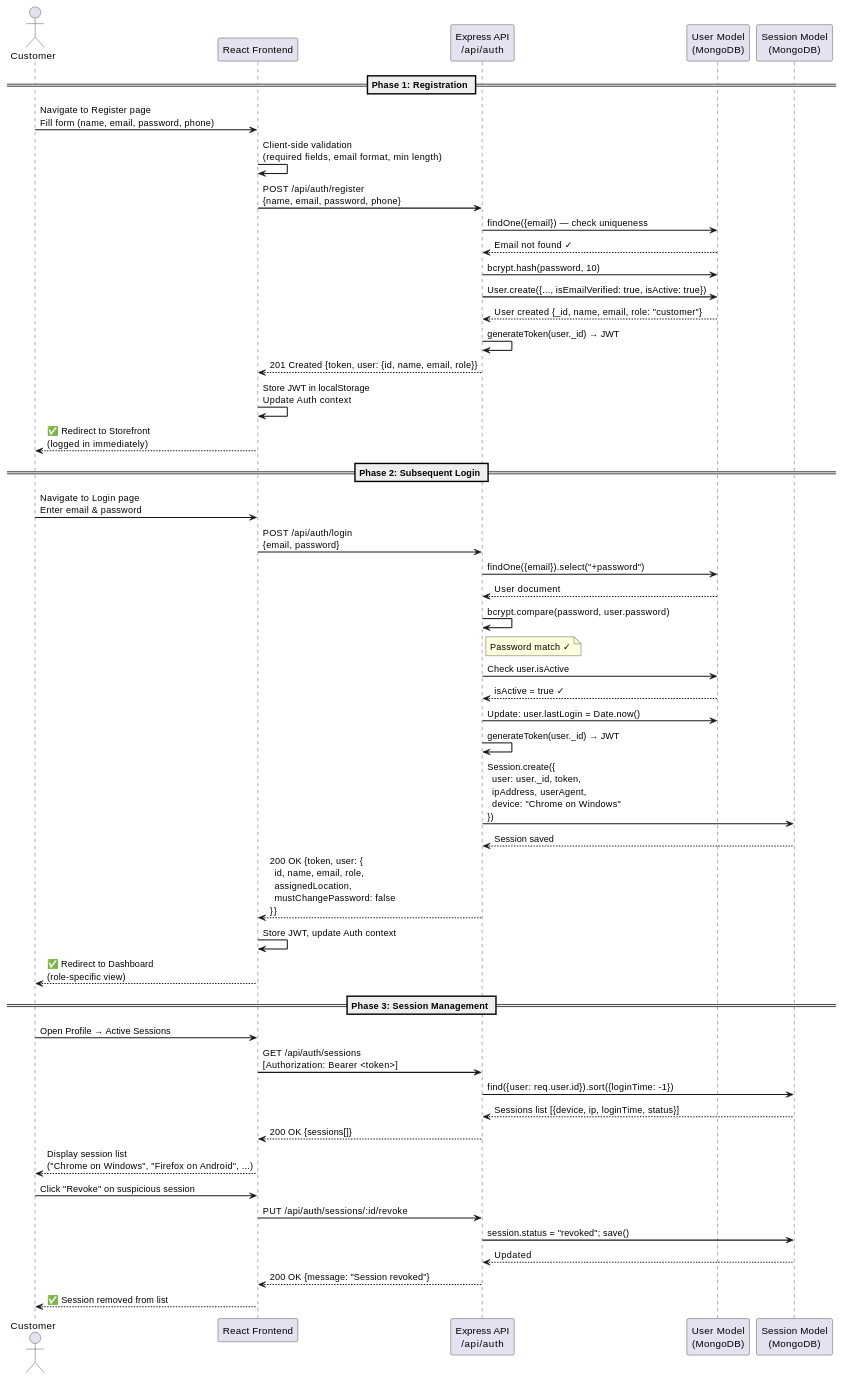
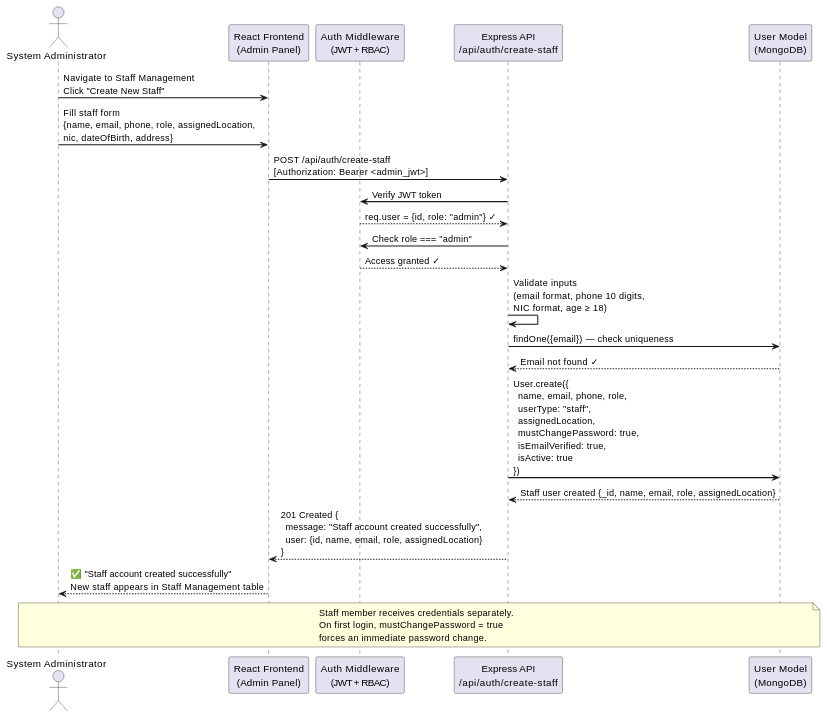
One commit to sarasithagalagama/methsara-publications-webstore changed the third of 15 diagrams in docs/re-assignment/RE_Assignment_2_Report.md. Above: the diagram before and after it, drawn with PlantUML. The commit also changed other lines of this file, not shown here.

Commit message:
feat: add Software Requirements Specification (SRS) document for Methsara Publications Webstore.

````diff
--- a/docs/re-assignment/RE_Assignment_2_Report.md
+++ b/docs/re-assignment/RE_Assignment_2_Report.md
@@ -579,56 +579,32 @@
 ```plantuml
 @startuml
 skinparam sequenceArrowThickness 1.5
-actor Customer
-participant "React Frontend" as FE
-participant "Express API\n/api/auth" as API
+actor "System Administrator" as Admin
+participant "React Frontend\n(Admin Panel)" as FE
+participant "Auth Middleware\n(JWT + RBAC)" as MW
+participant "Express API\n/api/auth/create-staff" as API
 participant "User Model\n(MongoDB)" as DB
-participant "Session Model\n(MongoDB)" as Session
 
-== Phase 1: Registration ==
-Customer -> FE: Navigate to Register page\nFill form (name, email, password, phone)
-FE -> FE: Client-side validation\n(required fields, email format, min length)
-FE -> API: POST /api/auth/register\n{name, email, password, phone}
+Admin -> FE: Navigate to Staff Management\nClick "Create New Staff"
+Admin -> FE: Fill staff form\n{name, email, phone, role, assignedLocation,\nnic, dateOfBirth, address}
+FE -> API: POST /api/auth/create-staff\n[Authorization: Bearer <admin_jwt>]
+API -> MW: Verify JWT token
+MW --> API: req.user = {id, role: "admin"} ✓
+API -> MW: Check role === "admin"
+MW --> API: Access granted ✓
+API -> API: Validate inputs\n(email format, phone 10 digits,\nNIC format, age ≥ 18)
 API -> DB: findOne({email}) — check uniqueness
 DB --> API: Email not found ✓
-API -> DB: bcrypt.hash(password, 10)
-API -> DB: User.create({..., isEmailVerified: true, isActive: true})
-DB --> API: User created {_id, name, email, role: "customer"}
-API -> API: generateToken(user._id) → JWT
-API --> FE: 201 Created {token, user: {id, name, email, role}}
-FE -> FE: Store JWT in localStorage\nUpdate Auth context
-FE --> Customer: ✅ Redirect to Storefront\n(logged in immediately)
+API -> DB: User.create({\n  name, email, phone, role,\n  userType: "staff",\n  assignedLocation,\n  mustChangePassword: true,\n  isEmailVerified: true,\n  isActive: true\n})
+DB --> API: Staff user created {_id, name, email, role, assignedLocation}
+API --> FE: 201 Created {\n  message: "Staff account created successfully",\n  user: {id, name, email, role, assignedLocation}\n}
+FE --> Admin: ✅ "Staff account created successfully"\nNew staff appears in Staff Management table
 
-== Phase 2: Subsequent Login ==
-Customer -> FE: Navigate to Login page\nEnter email & password
-FE -> API: POST /api/auth/login\n{email, password}
-API -> DB: findOne({email}).select("+password")
-DB --> API: User document
-API -> API: bcrypt.compare(password, user.password)
-note right of API: Password match ✓
-API -> DB: Check user.isActive
-DB --> API: isActive = true ✓
-API -> DB: Update: user.lastLogin = Date.now()
-API -> API: generateToken(user._id) → JWT
-API -> Session: Session.create({\n  user: user._id, token,\n  ipAddress, userAgent,\n  device: "Chrome on Windows"\n})
-Session --> API: Session saved
-API --> FE: 200 OK {token, user: {\n  id, name, email, role,\n  assignedLocation,\n  mustChangePassword: false\n}}
-FE -> FE: Store JWT, update Auth context
-FE --> Customer: ✅ Redirect to Dashboard\n(role-specific view)
-
-== Phase 3: Session Management ==
-Customer -> FE: Open Profile → Active Sessions
-FE -> API: GET /api/auth/sessions\n[Authorization: Bearer <token>]
-API -> Session: find({user: req.user.id}).sort({loginTime: -1})
-Session --> API: Sessions list [{device, ip, loginTime, status}]
-API --> FE: 200 OK {sessions[]}
-FE --> Customer: Display session list\n("Chrome on Windows", "Firefox on Android", ...)
-Customer -> FE: Click "Revoke" on suspicious session
-FE -> API: PUT /api/auth/sessions/:id/revoke
-API -> Session: session.status = "revoked"; save()
-Session --> API: Updated
-API --> FE: 200 OK {message: "Session revoked"}
-FE --> Customer: ✅ Session removed from list
+note over Admin, DB
+  Staff member receives credentials separately.
+  On first login, mustChangePassword = true
+  forces an immediate password change.
+end note
 
 @enduml
 ```
````
